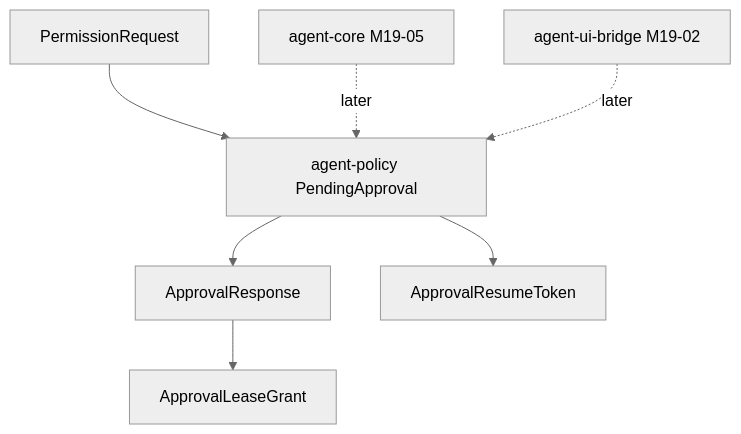
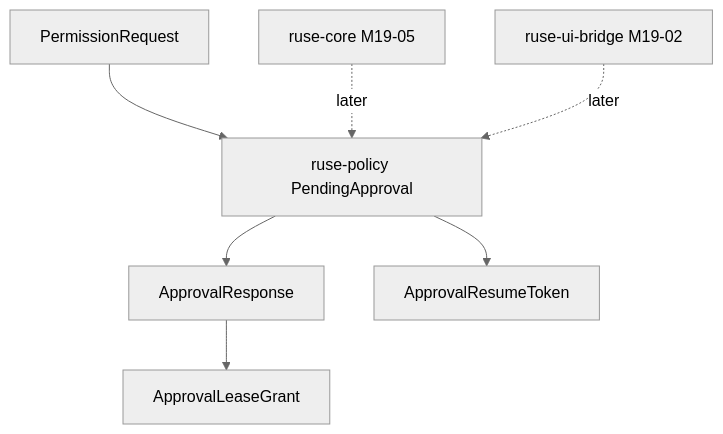
The diagram in docs/specs/M19-01-pending-approval-contracts.spec.md (poneding/agent), drawn with Mermaid (neutral theme) before and after one commit. The commit also changed other lines of this file and 2091 other files, not shown here.

First line of the commit message:
refactor: rename agent branding to ruse

````diff
--- a/docs/specs/M19-01-pending-approval-contracts.spec.md
+++ b/docs/specs/M19-01-pending-approval-contracts.spec.md
@@ -33,9 +33,9 @@
 ```mermaid
 flowchart TD
-  Request["PermissionRequest"] --> Pending["agent-policy PendingApproval"]
+  Request["PermissionRequest"] --> Pending["ruse-policy PendingApproval"]
   Pending --> Response["ApprovalResponse"]
   Response --> Lease["ApprovalLeaseGrant"]
   Pending --> Resume["ApprovalResumeToken"]
-  Core["agent-core M19-05"] -.later.-> Pending
-  UI["agent-ui-bridge M19-02"] -.later.-> Pending
+  Core["ruse-core M19-05"] -.later.-> Pending
+  UI["ruse-ui-bridge M19-02"] -.later.-> Pending
 ```
````
